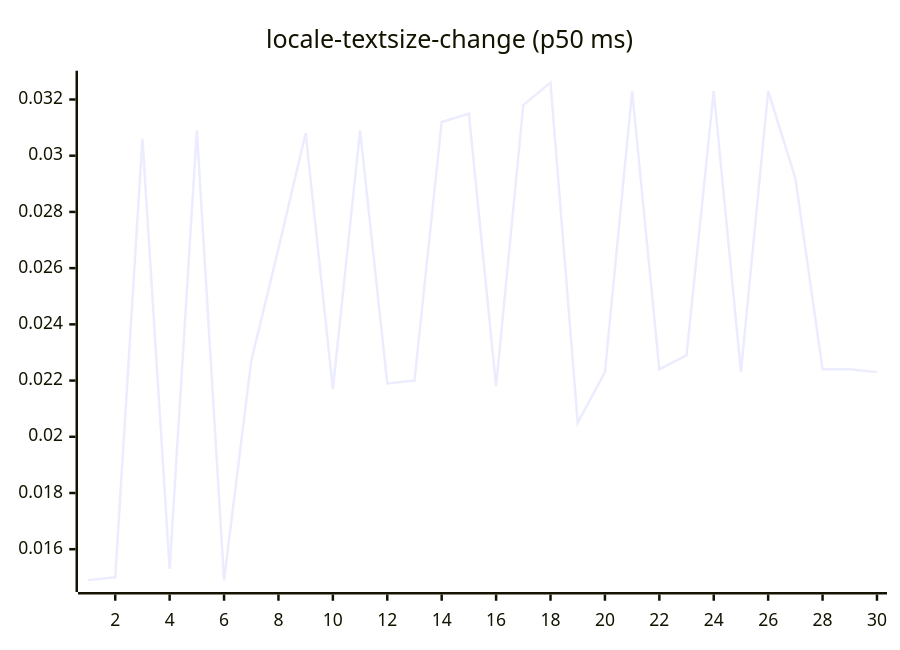
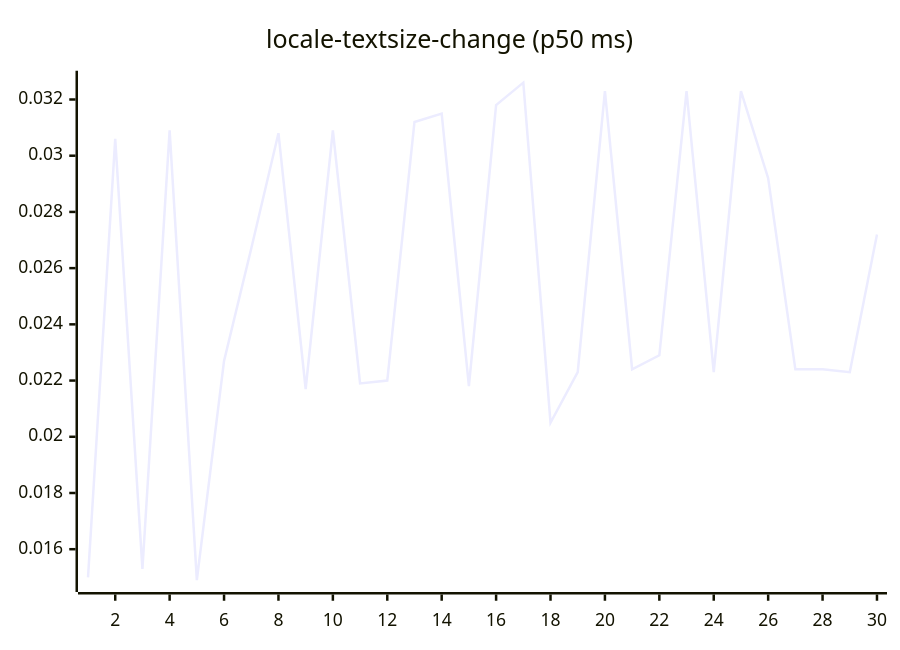
Before and after one commit to josha/Facet: diagram 13 of 27 in README.md, drawn with Mermaid. The commit also changed other lines of this file and 2 other files, not shown here.

````diff
--- a/README.md
+++ b/README.md
@@ -147,6 +147,6 @@
 ```mermaid
 xychart-beta
     title "locale-textsize-change (p50 ms)"
     x-axis 1 --> 30
-    line [0.0149, 0.0150, 0.0306, 0.0153, 0.0309, 0.0149, 0.0227, 0.0267, 0.0308, 0.0217, 0.0309, 0.0219, 0.0220, 0.0312, 0.0315, 0.0218, 0.0318, 0.0326, 0.0205, 0.0223, 0.0323, 0.0224, 0.0229, 0.0323, 0.0223, 0.0323, 0.0292, 0.0224, 0.0224, 0.0223]
+    line [0.0150, 0.0306, 0.0153, 0.0309, 0.0149, 0.0227, 0.0267, 0.0308, 0.0217, 0.0309, 0.0219, 0.0220, 0.0312, 0.0315, 0.0218, 0.0318, 0.0326, 0.0205, 0.0223, 0.0323, 0.0224, 0.0229, 0.0323, 0.0223, 0.0323, 0.0292, 0.0224, 0.0224, 0.0223, 0.0272]
 ```
````
